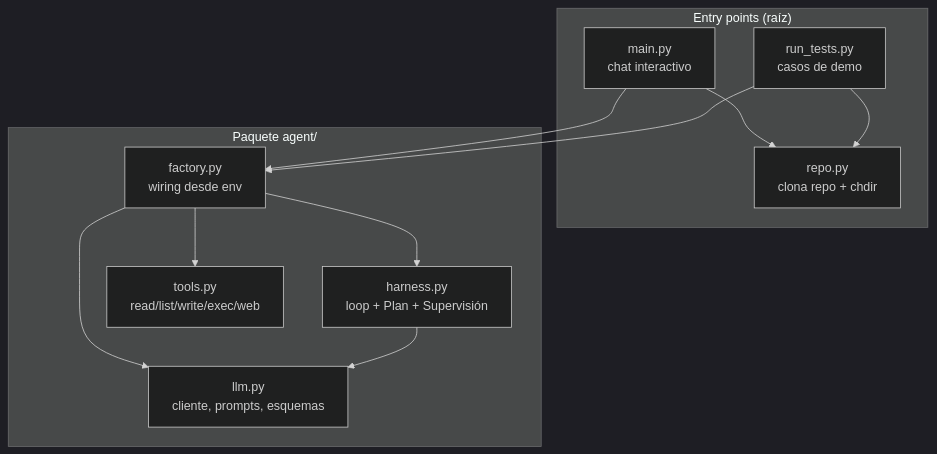
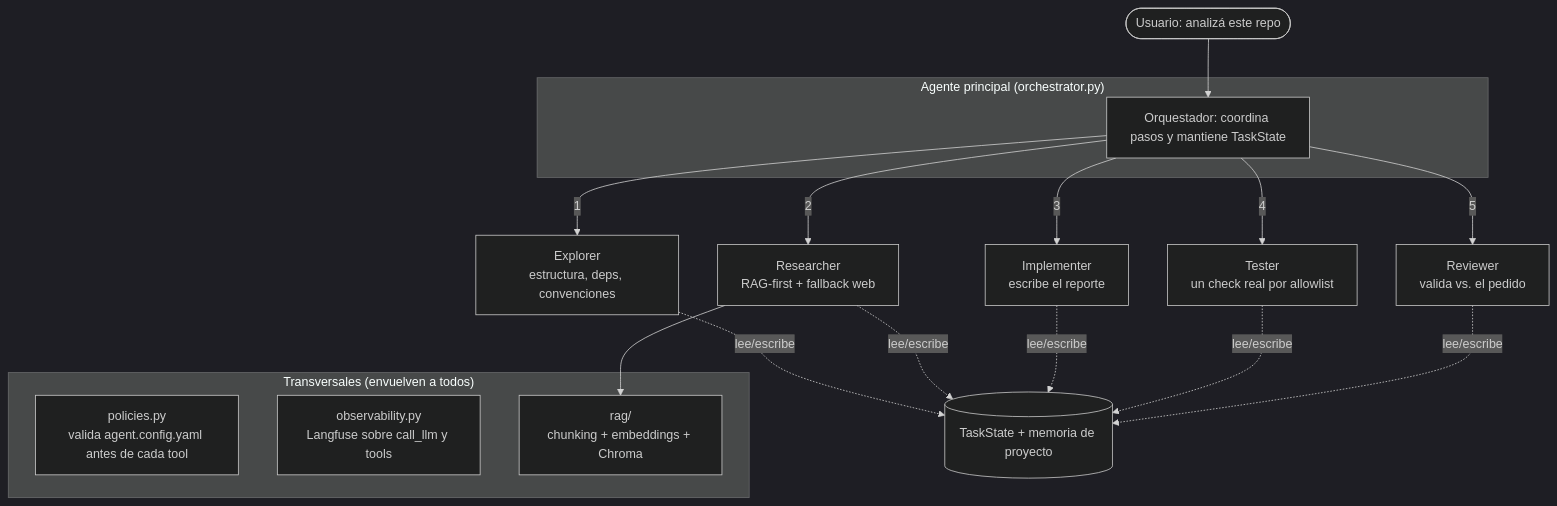
The second of 3 diagrams in README.md (n-mangini/coding-agent), drawn with Mermaid (dark theme) before and after one commit. The commit also changed other lines of this file, not shown here.

First line of the commit message:
docs: actualizar README al sistema multi-agente completo

````diff
--- a/README.md
+++ b/README.md
@@ -31,24 +42,29 @@
 ```mermaid
 flowchart TD
-    subgraph entry["Entry points (raíz)"]
-        MAIN["main.py<br/>chat interactivo"]
-        TESTS["run_tests.py<br/>casos de demo"]
-        REPO["repo.py<br/>clona repo + chdir"]
+    U(["Usuario: analizá este repo"]) --> ORCH
+
+    subgraph orchestration["Agente principal (orchestrator.py)"]
+        ORCH["Orquestador: coordina pasos y mantiene TaskState"]
     end
 
-    subgraph pkg["Paquete agent/"]
-        FACT["factory.py<br/>wiring desde env"]
-        HAR["harness.py<br/>loop + Plan + Supervisión"]
-        LLM["llm.py<br/>cliente, prompts, esquemas"]
-        TOOLS["tools.py<br/>read/list/write/exec/web"]
+    ORCH -->|1| EXP["Explorer<br/>estructura, deps, convenciones"]
+    ORCH -->|2| RES["Researcher<br/>RAG-first + fallback web"]
+    ORCH -->|3| IMP["Implementer<br/>escribe el reporte"]
+    ORCH -->|4| TST["Tester<br/>un check real por allowlist"]
+    ORCH -->|5| REV["Reviewer<br/>valida vs. el pedido"]
+
+    EXP -.->|lee/escribe| ST
+    RES -.->|lee/escribe| ST
+    IMP -.->|lee/escribe| ST
+    TST -.->|lee/escribe| ST
+    REV -.->|lee/escribe| ST
+    ST[("TaskState + memoria de proyecto")]
+
+    subgraph cross["Transversales (envuelven a todos)"]
+        POL["policies.py<br/>valida agent.config.yaml antes de cada tool"]
+        OBS["observability.py<br/>Langfuse sobre call_llm y tools"]
+        RAG["rag/<br/>chunking + embeddings + Chroma"]
     end
 
-    MAIN --> FACT
-    TESTS --> FACT
-    MAIN --> REPO
-    TESTS --> REPO
-    FACT --> HAR
-    FACT --> TOOLS
-    FACT --> LLM
-    HAR --> LLM
+    RES --> RAG
 ```
````
